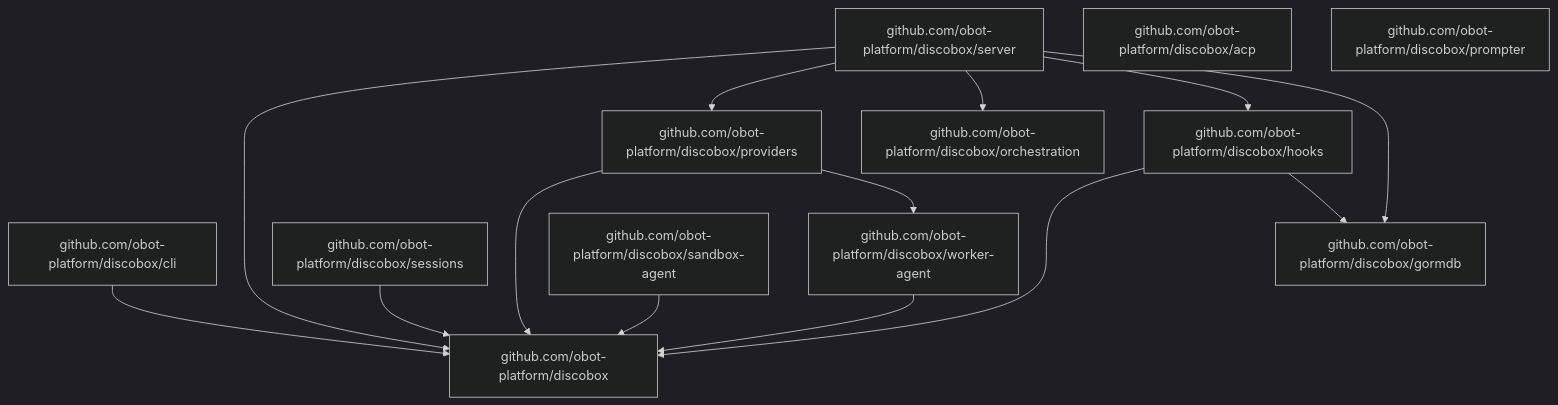
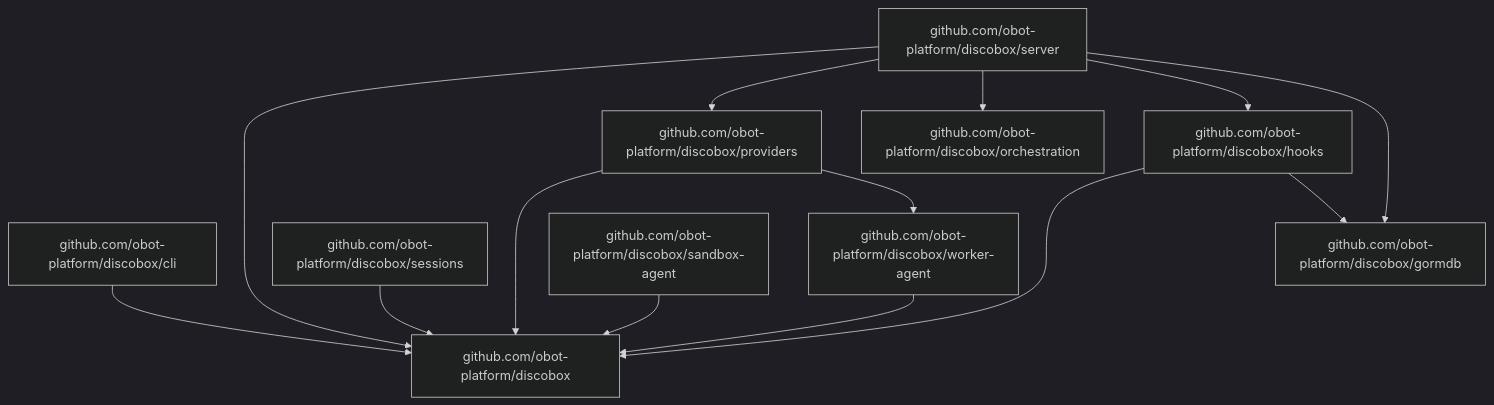
One commit to discobox-ai/discobox changed the second of 2 diagrams in DESIGN.md. Above: the diagram before and after it, drawn with Mermaid (dark theme). The commit also changed other lines of this file and 137 other files, not shown here.

````diff
--- a/DESIGN.md
+++ b/DESIGN.md
@@ -69,18 +69,16 @@
 ```mermaid
 flowchart TD
     cli["github.com/obot-platform/discobox/cli"] --> root["github.com/obot-platform/discobox"]
     server["github.com/obot-platform/discobox/server"] --> root
     server --> providers["github.com/obot-platform/discobox/providers"]
     server --> orchestration["github.com/obot-platform/discobox/orchestration"]
     server --> hooks["github.com/obot-platform/discobox/hooks"]
     server --> gormdb["github.com/obot-platform/discobox/gormdb"]
     hooks --> root
     hooks --> gormdb
-    acp["github.com/obot-platform/discobox/acp"]
     sessions["github.com/obot-platform/discobox/sessions"] --> root
     providers --> root
     providers --> workerAgent["github.com/obot-platform/discobox/worker-agent"]
     workerAgent --> root
     sandboxAgent["github.com/obot-platform/discobox/sandbox-agent"] --> root
-    prompter["github.com/obot-platform/discobox/prompter"]
 ```
````
